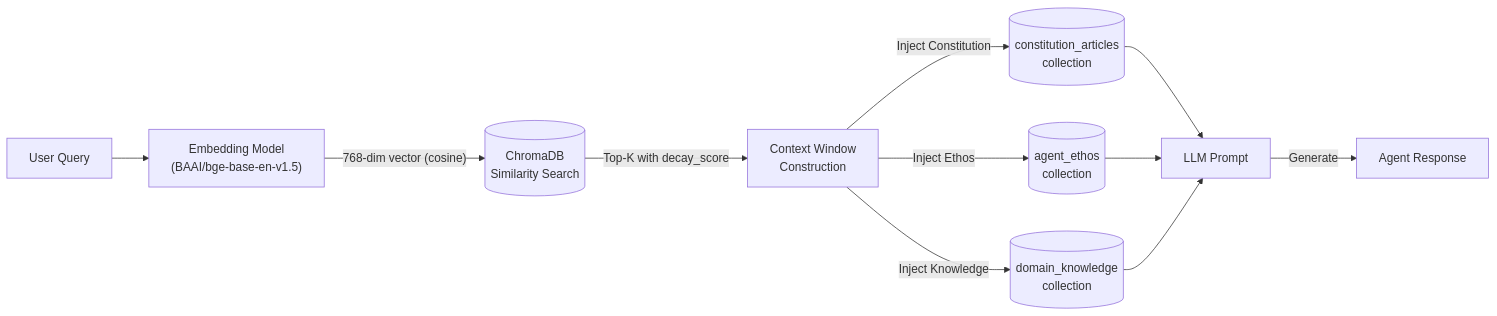
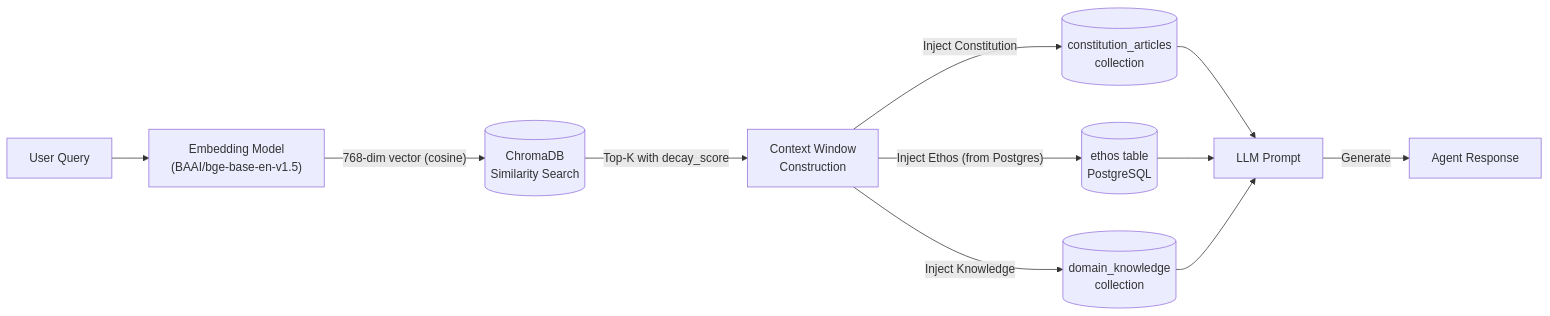
One commit to AshminDhungana/Agentium changed the fifth of 9 diagrams in ARCHITECTURE.md. Above: the diagram before and after it, drawn with Mermaid. The commit also changed other lines of this file and 14 other files, not shown here.

First line of the commit message:
refactor: stop storing ethos in vector DB; keep it in Postgres only

````diff
--- a/ARCHITECTURE.md
+++ b/ARCHITECTURE.md
@@ -278,13 +278,13 @@
 ```mermaid
 flowchart LR
     Query["User Query"] --> Embed["Embedding Model<br/>(BAAI/bge-base-en-v1.5)"]
     Embed -->|"768-dim vector (cosine)"| Chroma[("ChromaDB<br/>Similarity Search")]
     Chroma -->|"Top-K with decay_score"| Context["Context Window<br/>Construction"]
     Context -->|"Inject Constitution"| Constitution[("constitution_articles<br/>collection")]
-    Context -->|"Inject Ethos"| Ethos[("agent_ethos<br/>collection")]
+    Context -->|"Inject Ethos (from Postgres)"| Ethos[("ethos table<br/>PostgreSQL")]
     Context -->|"Inject Knowledge"| Knowledge[("domain_knowledge<br/>collection")]
     Constitution --> LLM["LLM Prompt"]
     Ethos --> LLM
     Knowledge --> LLM
     LLM -->|Generate| Response["Agent Response"]
 ```
````
